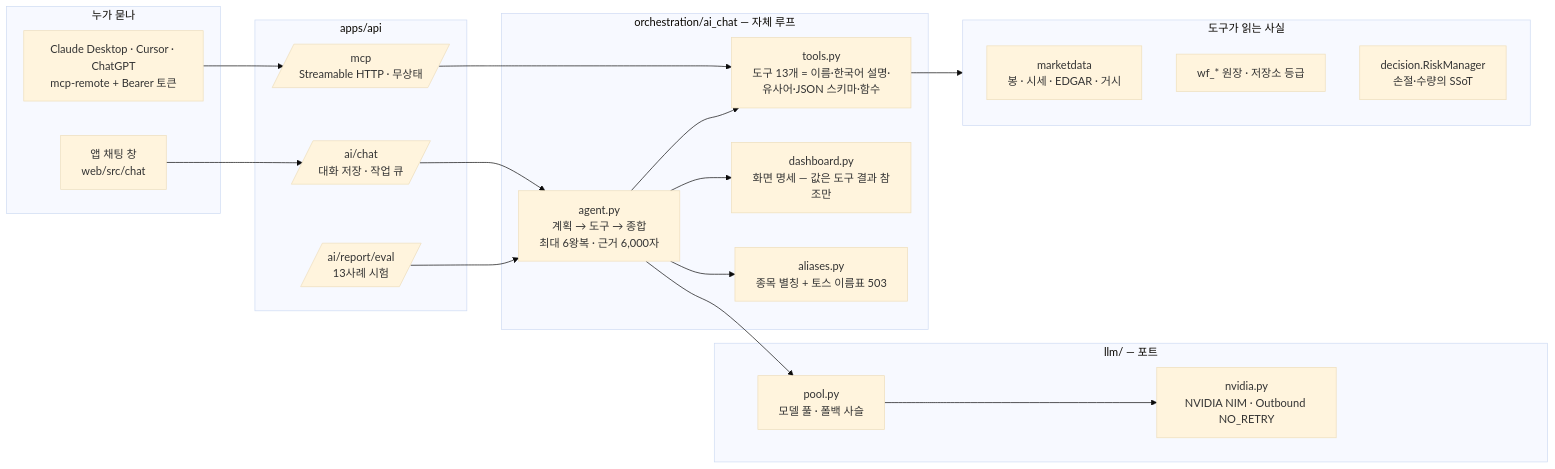
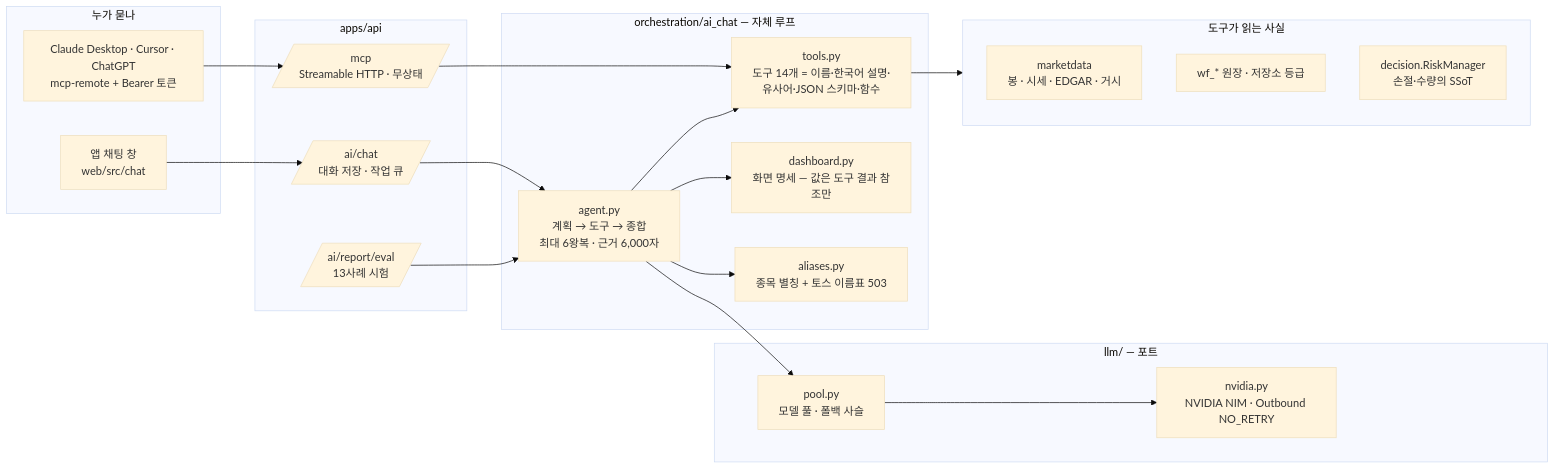
One commit to ericsj1998/up_and_down_invest_public changed the diagram in docs/architecture/ai_agents_and_mcp.md. Above: the diagram before and after it, drawn with Mermaid (base theme). The commit also changed other lines of this file and 14 other files, not shown here.

````diff
--- a/docs/architecture/ai_agents_and_mcp.md
+++ b/docs/architecture/ai_agents_and_mcp.md
@@ -11,34 +11,34 @@
 ```mermaid
 flowchart LR
     subgraph CLIENTS[누가 묻나]
         W[앱 채팅 창<br/>web/src/chat]
         C[Claude Desktop · Cursor · ChatGPT<br/>mcp-remote + Bearer 토큰]
     end
     subgraph API[apps/api]
         CH[/ai/chat<br/>대화 저장 · 작업 큐/]
         MCP[/mcp<br/>Streamable HTTP · 무상태/]
         EV[/ai/report/eval<br/>13사례 시험/]
     end
     subgraph AGENT[orchestration/ai_chat — 자체 루프]
         LOOP[agent.py<br/>계획 → 도구 → 종합<br/>최대 6왕복 · 근거 6,000자]
-        REG[tools.py<br/>도구 13개 = 이름·한국어 설명·유사어·JSON 스키마·함수]
+        REG[tools.py<br/>도구 14개 = 이름·한국어 설명·유사어·JSON 스키마·함수]
         DASH[dashboard.py<br/>화면 명세 — 값은 도구 결과 참조만]
         AL[aliases.py<br/>종목 별칭 + 토스 이름표 503]
     end
     subgraph LLM[llm/ — 포트]
         POOL[pool.py<br/>모델 풀 · 폴백 사슬]
         NV[nvidia.py<br/>NVIDIA NIM · Outbound NO_RETRY]
     end
     subgraph FACTS[도구가 읽는 사실]
         MD[marketdata<br/>봉 · 시세 · EDGAR · 거시]
         LG[wf_* 원장 · 저장소 등급]
         RM[decision.RiskManager<br/>손절·수량의 SSoT]
     end
     W --> CH --> LOOP
     C --> MCP --> REG
     EV --> LOOP
     LOOP --> REG --> FACTS
     LOOP --> DASH
     LOOP --> AL
     LOOP --> POOL --> NV
 ```
````
